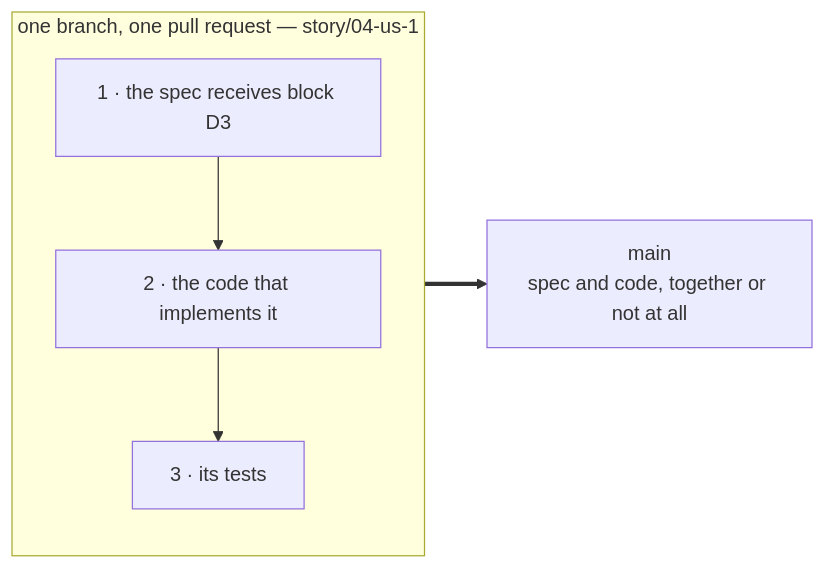
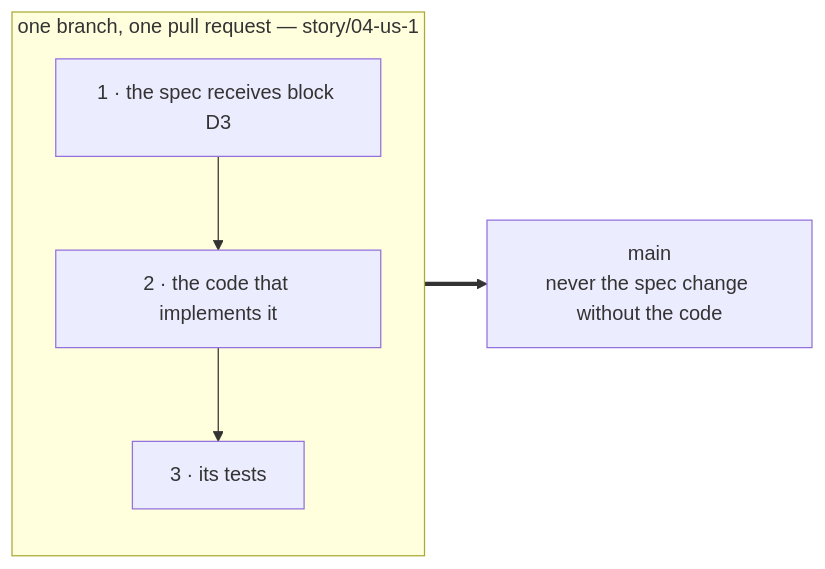
One commit to charlouze/superpowers-by-charlouze changed the second of 2 diagrams in README.md. Above: the diagram before and after it, drawn with Mermaid. The commit also changed other lines of this file and 4 other files, not shown here.

First line of the commit message:
feat: une story peut livrer du code sans modification de spec

````diff
--- a/README.md
+++ b/README.md
@@ -99,11 +99,11 @@
 ```mermaid
 flowchart LR
     subgraph PR["one branch, one pull request — story/04-us-1"]
         direction TB
         C1["1 · the spec receives block D3"]
         C2["2 · the code that implements it"]
         C3["3 · its tests"]
         C1 --> C2 --> C3
     end
-    PR ==> M["main<br/>spec and code, together or not at all"]
+    PR ==> M["main<br/>never the spec change without the code"]
 ```
````
